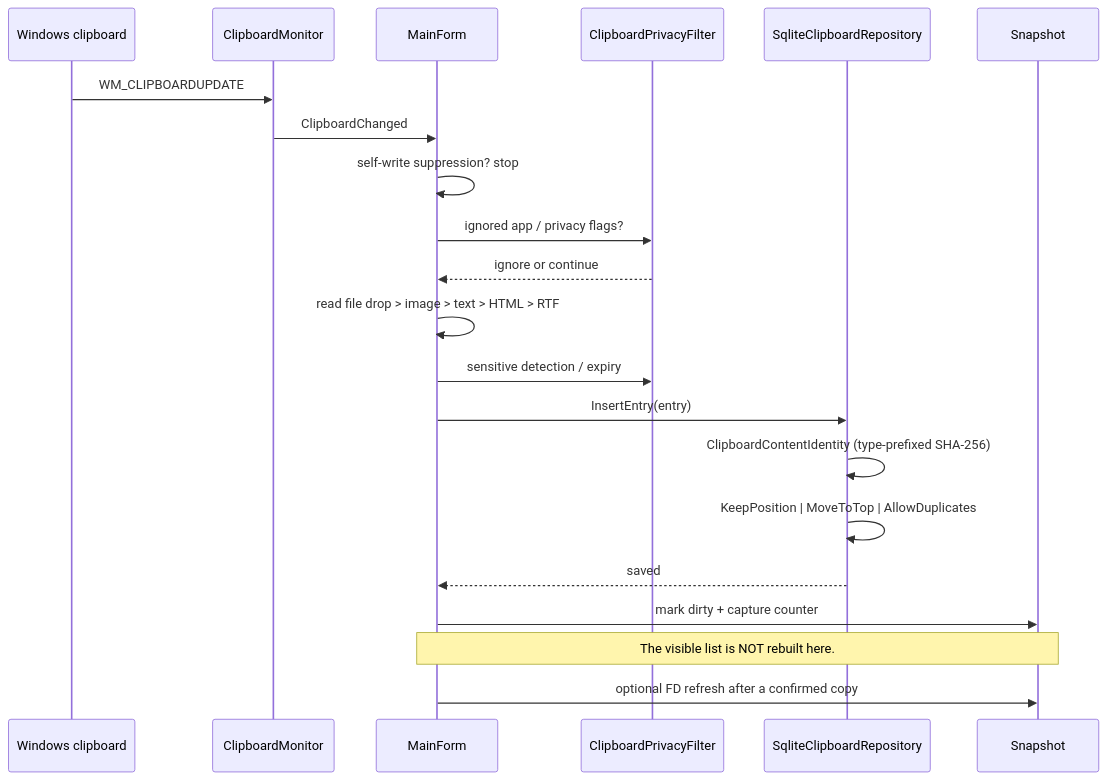
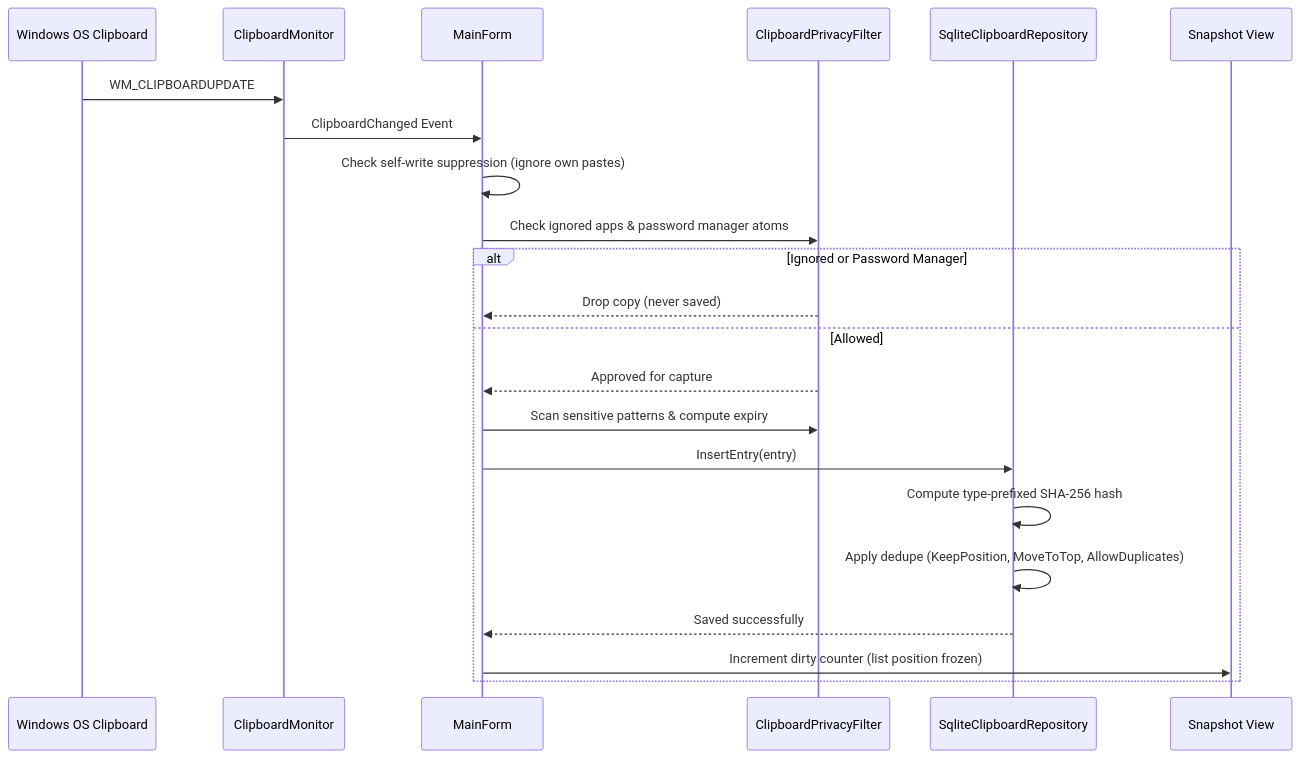
The second of 6 diagrams in docs/ARCHITECTURE.md (Mostakim2005/clipboard-manager), drawn with Mermaid before and after one commit. The commit also changed other lines of this file and 9 other files, not shown here.

````diff
--- a/docs/ARCHITECTURE.md
+++ b/docs/ARCHITECTURE.md
@@ -87,24 +82,25 @@
 ```mermaid
 sequenceDiagram
-    participant OS as Windows clipboard
+    participant OS as Windows OS Clipboard
     participant Mon as ClipboardMonitor
     participant Main as MainForm
     participant Privacy as ClipboardPrivacyFilter
     participant Repo as SqliteClipboardRepository
-    participant Snap as Snapshot
+    participant Snap as Snapshot View
 
     OS->>Mon: WM_CLIPBOARDUPDATE
-    Mon->>Main: ClipboardChanged
-    Main->>Main: self-write suppression? stop
-    Main->>Privacy: ignored app / privacy flags?
-    Privacy-->>Main: ignore or continue
-    Main->>Main: read file drop > image > text > HTML > RTF
-    Main->>Privacy: sensitive detection / expiry
-    Main->>Repo: InsertEntry(entry)
-    Repo->>Repo: ClipboardContentIdentity (type-prefixed SHA-256)
-    Repo->>Repo: KeepPosition | MoveToTop | AllowDuplicates
-    Repo-->>Main: saved
-    Main->>Snap: mark dirty + capture counter
-    Note over Main,Snap: The visible list is NOT rebuilt here.
-    Main->>Snap: optional FD refresh after a confirmed copy
+    Mon->>Main: ClipboardChanged Event
+    Main->>Main: Check self-write suppression (ignore own pastes)
+    Main->>Privacy: Check ignored apps & password manager atoms
+    alt Ignored or Password Manager
+        Privacy-->>Main: Drop copy (never saved)
+    else Allowed
+        Privacy-->>Main: Approved for capture
+        Main->>Privacy: Scan sensitive patterns & compute expiry
+        Main->>Repo: InsertEntry(entry)
+        Repo->>Repo: Compute type-prefixed SHA-256 hash
+        Repo->>Repo: Apply dedupe (KeepPosition, MoveToTop, AllowDuplicates)
+        Repo-->>Main: Saved successfully
+        Main->>Snap: Increment dirty counter (list position frozen)
+    end
 ```
````
